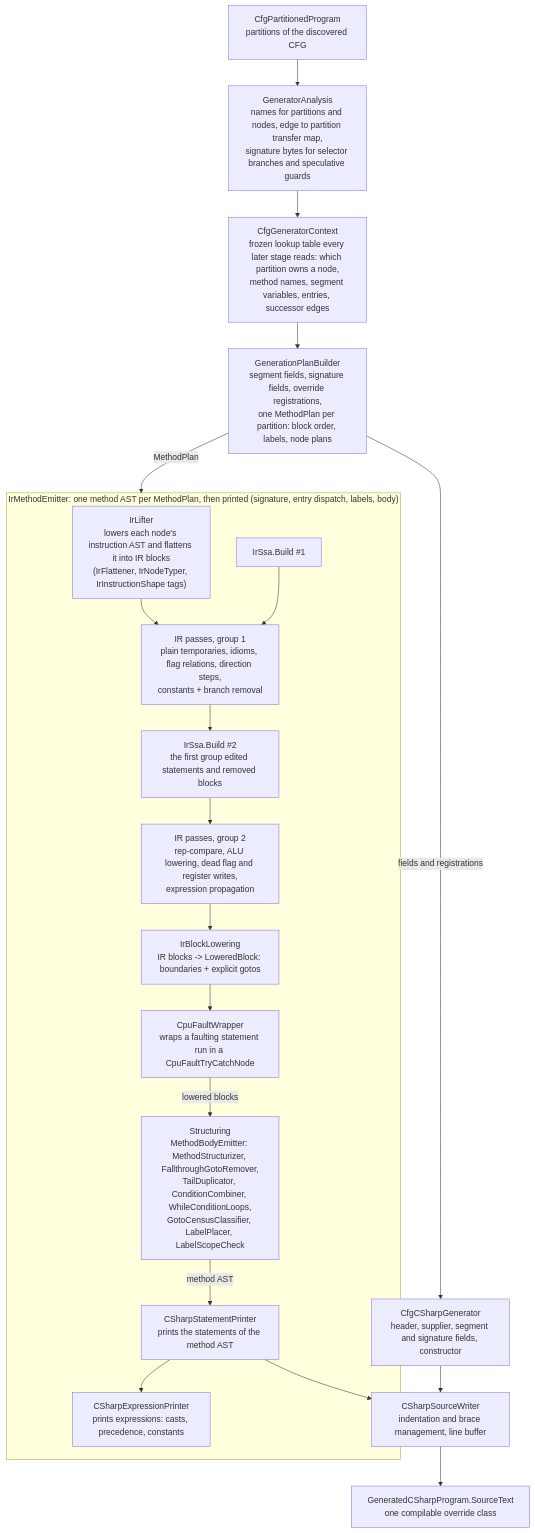
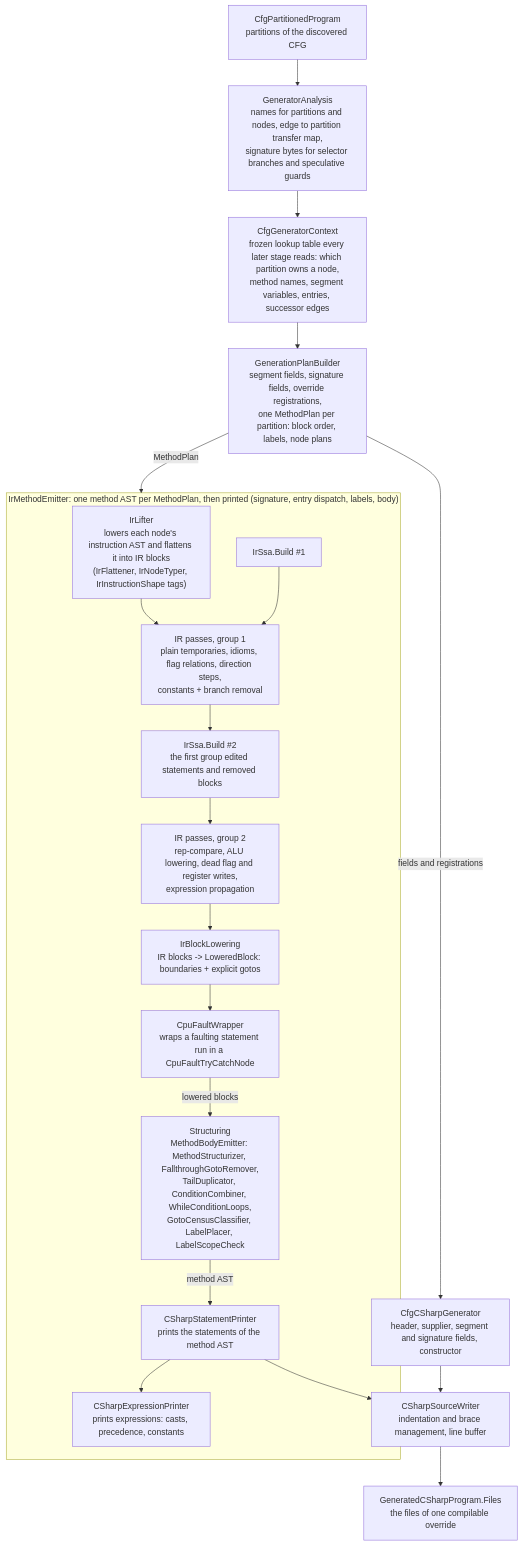
Before and after one commit to OpenRakis/Spice86: the diagram in doc/codeGeneratorReadme.md, drawn with Mermaid. The commit also changed other lines of this file and 980 other files, not shown here.

````diff
--- a/doc/codeGeneratorReadme.md
+++ b/doc/codeGeneratorReadme.md
@@ -13,42 +13,42 @@
 ```mermaid
 flowchart TD
     program["CfgPartitionedProgram<br/>partitions of the discovered CFG"]
     analysis["GeneratorAnalysis<br/>names for partitions and nodes, edge to partition transfer map,<br/>signature bytes for selector branches and speculative guards"]
     context["CfgGeneratorContext<br/>frozen lookup table every later stage reads: which partition owns a node,<br/>method names, segment variables, entries, successor edges"]
     planBuilder["GenerationPlanBuilder<br/>segment fields, signature fields, override registrations,<br/>one MethodPlan per partition: block order, labels, node plans"]
     classParts["CfgCSharpGenerator<br/>header, supplier, segment and signature fields, constructor"]
 
     subgraph methodEmitter["IrMethodEmitter: one method AST per MethodPlan, then printed (signature, entry dispatch, labels, body)"]
         lifter["IrLifter<br/>lowers each node's instruction AST and flattens it into IR blocks<br/>(IrFlattener, IrNodeTyper, IrInstructionShape tags)"]
         group1["IR passes, group 1<br/>plain temporaries, idioms, flag relations, direction steps,<br/>constants + branch removal"]
         ssa1["IrSsa.Build #1"]
         rebuild["IrSsa.Build #2<br/>the first group edited statements and removed blocks"]
         group2["IR passes, group 2<br/>rep-compare, ALU lowering, dead flag and register writes,<br/>expression propagation"]
         lowering["IrBlockLowering<br/>IR blocks -> LoweredBlock: boundaries + explicit gotos"]
         faultWrapper["CpuFaultWrapper<br/>wraps a faulting statement run in a CpuFaultTryCatchNode"]
         structuring["Structuring<br/>MethodBodyEmitter: MethodStructurizer, FallthroughGotoRemover,<br/>TailDuplicator, ConditionCombiner, WhileConditionLoops,<br/>GotoCensusClassifier, LabelPlacer, LabelScopeCheck"]
         statementPrinter["CSharpStatementPrinter<br/>prints the statements of the method AST"]
         expressionPrinter["CSharpExpressionPrinter<br/>prints expressions: casts, precedence, constants"]
         lifter --> group1
         ssa1 --> group1
         group1 --> rebuild
         rebuild --> group2
         group2 --> lowering
         lowering --> faultWrapper
         faultWrapper -- "lowered blocks" --> structuring
         structuring -- "method AST" --> statementPrinter
         statementPrinter --> expressionPrinter
     end
 
     writer["CSharpSourceWriter<br/>indentation and brace management, line buffer"]
-    output["GeneratedCSharpProgram.SourceText<br/>one compilable override class"]
+    output["GeneratedCSharpProgram.Files<br/>the files of one compilable override"]
 
     program --> analysis
     analysis --> context
     context --> planBuilder
     planBuilder -- "fields and registrations" --> classParts
     planBuilder -- "MethodPlan" --> methodEmitter
     classParts --> writer
     statementPrinter --> writer
     writer --> output
 ```
````
